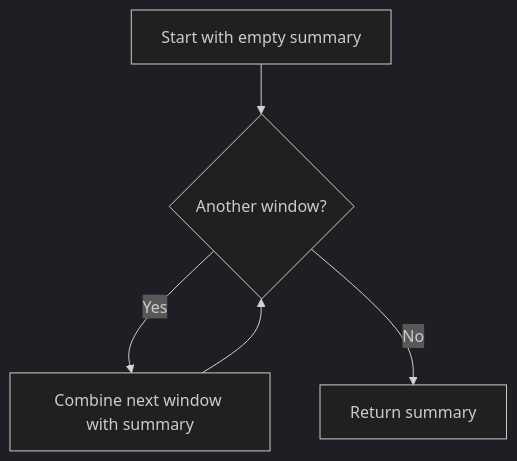
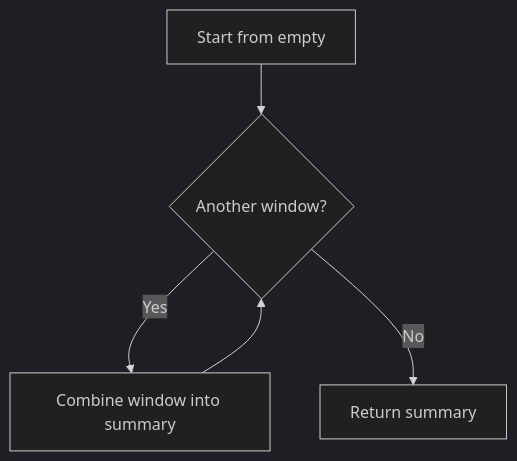
One commit to pplnd/core changed the diagram in docs/src/content/docs/guides/combinable.md. Above: the diagram before and after it, drawn with Mermaid (dark theme). The commit also changed other lines of this file and 63 other files, not shown here.

````diff
--- a/docs/src/content/docs/guides/combinable.md
+++ b/docs/src/content/docs/guides/combinable.md
@@ -29,7 +42,7 @@
 ```mermaid
 flowchart TD
-  Start["Start with empty summary"] --> More{"Another window?"}
-  More -->|Yes| Add["Combine next window with summary"]
+  Empty["Start from empty"] --> More{"Another window?"}
+  More -->|Yes| Add["Combine window into summary"]
   Add --> More
-  More -->|No| Result["Return summary"]
+  More -->|No| Summary["Return summary"]
 ```
````
